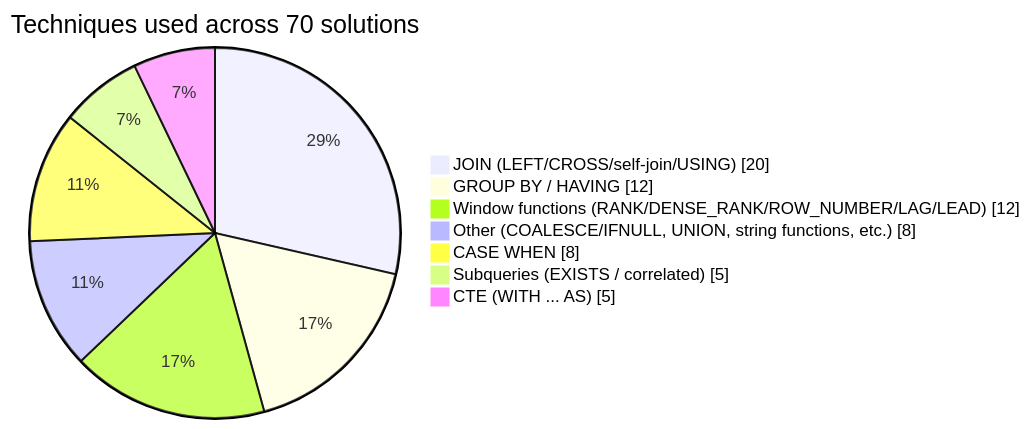
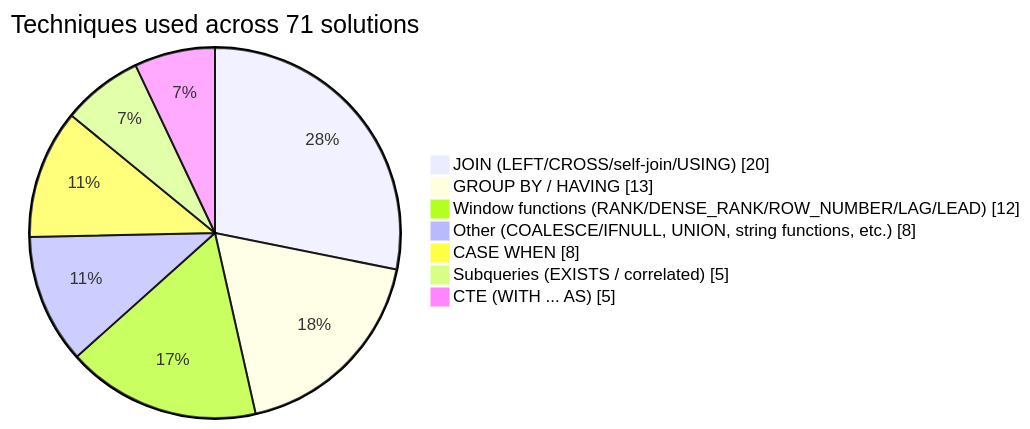
Before and after one commit to ruhlanrzayev/LeetCode_SQL_Problems: the diagram in README.md, drawn with Mermaid. The commit also changed other lines of this file, not shown here.

Commit message:
chore: auto-update technique breakdown chart

````diff
--- a/README.md
+++ b/README.md
@@ -11,11 +11,11 @@
 ```mermaid
 pie showData
-    title Techniques used across 70 solutions
+    title Techniques used across 71 solutions
     "JOIN (LEFT/CROSS/self-join/USING)" : 20
-    "GROUP BY / HAVING" : 12
+    "GROUP BY / HAVING" : 13
     "Window functions (RANK/DENSE_RANK/ROW_NUMBER/LAG/LEAD)" : 12
     "Other (COALESCE/IFNULL, UNION, string functions, etc.)" : 8
     "CASE WHEN" : 8
     "Subqueries (EXISTS / correlated)" : 5
     "CTE (WITH ... AS)" : 5
 ```
````
